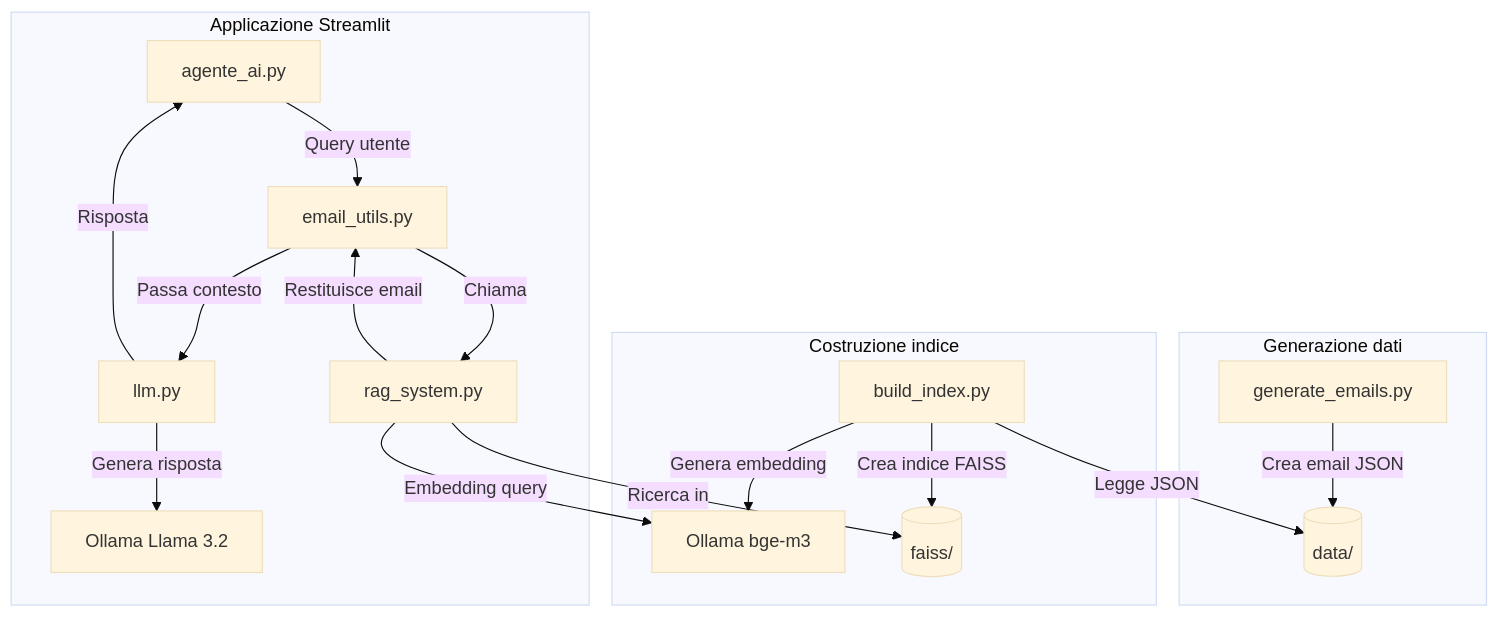
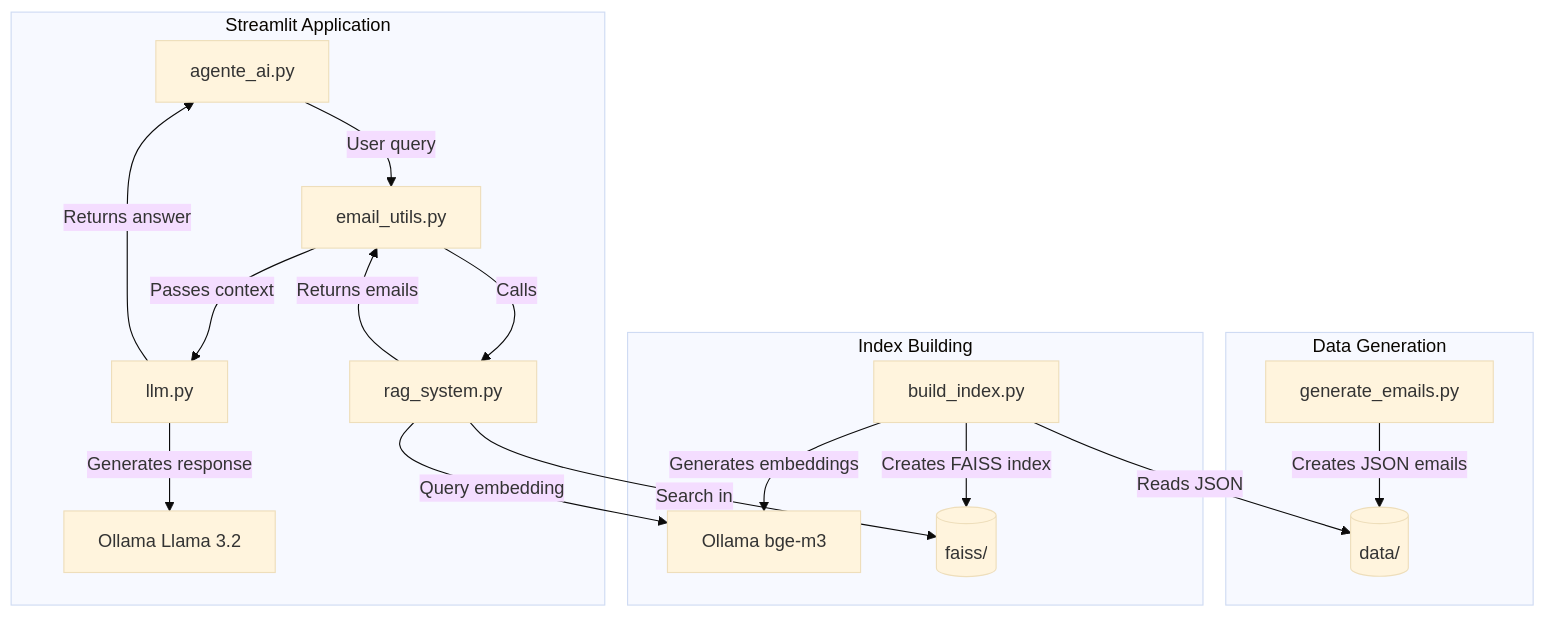
Before and after one commit to MattiaLupinetti02/local_RAG: the first of 3 diagrams in README.md, drawn with Mermaid (base theme). The commit also changed other lines of this file, not shown here.

````diff
--- a/README.md
+++ b/README.md
@@ -29,23 +63,23 @@
 ```mermaid
 graph TD
-    subgraph "Generazione dati"
-        A[generate_emails.py] -->|Crea email JSON| B[(data/)]
+    subgraph "Data Generation"
+        A[generate_emails.py] -->|Creates JSON emails| B[(data/)]
     end
 
-    subgraph "Costruzione indice"
-        C[build_index.py] -->|Legge JSON| B
-        C -->|Genera embedding| D[Ollama bge-m3]
-        C -->|Crea indice FAISS| E[(faiss/)]
+    subgraph "Index Building"
+        C[build_index.py] -->|Reads JSON| B
+        C -->|Generates embeddings| D[Ollama bge-m3]
+        C -->|Creates FAISS index| E[(faiss/)]
     end
 
-    subgraph "Applicazione Streamlit"
-        F[agente_ai.py] -->|Query utente| G[email_utils.py]
-        G -->|Chiama| H[rag_system.py]
-        H -->|Embedding query| D
-        H -->|Ricerca in| E
-        H -->|Restituisce email| G
-        G -->|Passa contesto| I[llm.py]
-        I -->|Genera risposta| J[Ollama Llama 3.2]
-        I -->|Risposta| F
+    subgraph "Streamlit Application"
+        F[agente_ai.py] -->|User query| G[email_utils.py]
+        G -->|Calls| H[rag_system.py]
+        H -->|Query embedding| D
+        H -->|Search in| E
+        H -->|Returns emails| G
+        G -->|Passes context| I[llm.py]
+        I -->|Generates response| J[Ollama Llama 3.2]
+        I -->|Returns answer| F
     end
 ```
````
